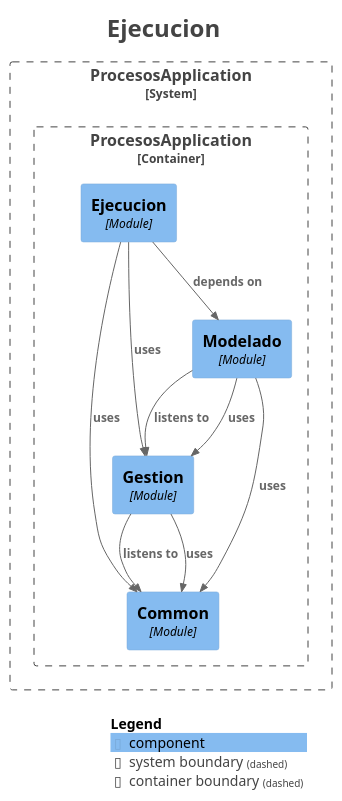
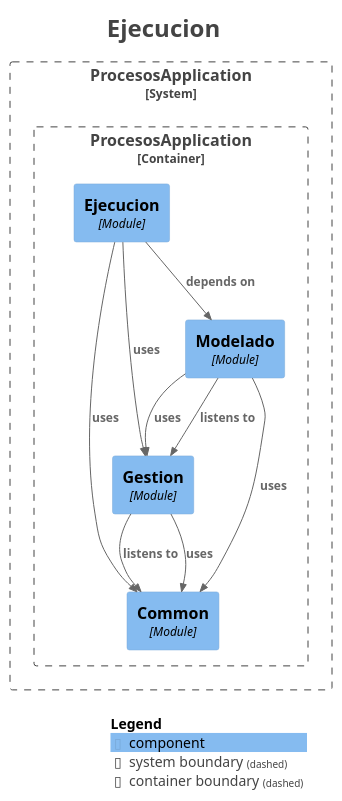
Before and after one commit to AndresContreras1/bpmn-process-manager-api: the diagram in docs/modules/module-ejecucion.puml, drawn with PlantUML. The commit also changed other lines of this file and 108 other files, not shown here.

```diff
--- a/docs/modules/module-ejecucion.puml
+++ b/docs/modules/module-ejecucion.puml
@@ -1,39 +1,39 @@
 @startuml
 title <size:24>Ejecucion</size>
 
 set separator none
 top to bottom direction
 
 <style>
   root {
     BackgroundColor: #ffffff
     FontColor: #444444
   }
 </style>
 
 !include <C4/C4>
 !include <C4/C4_Context>
 !include <C4/C4_Component>
 
 System_Boundary("ProcesosApplication_boundary", "ProcesosApplication", $tags="") {
   Container_Boundary("ProcesosApplication.ProcesosApplication_boundary", "ProcesosApplication", $tags="") {
     Component(ProcesosApplication.ProcesosApplication.Common, "Common", $techn="Module", $descr="", $tags="", $link="")
     Component(ProcesosApplication.ProcesosApplication.Gestion, "Gestion", $techn="Module", $descr="", $tags="", $link="")
     Component(ProcesosApplication.ProcesosApplication.Modelado, "Modelado", $techn="Module", $descr="", $tags="", $link="")
     Component(ProcesosApplication.ProcesosApplication.Ejecucion, "Ejecucion", $techn="Module", $descr="", $tags="", $link="")
   }
 
 }
 
-Rel(ProcesosApplication.ProcesosApplication.Modelado, ProcesosApplication.ProcesosApplication.Gestion, "uses", $techn="", $tags="", $link="")
-Rel(ProcesosApplication.ProcesosApplication.Modelado, ProcesosApplication.ProcesosApplication.Common, "uses", $techn="", $tags="", $link="")
-Rel(ProcesosApplication.ProcesosApplication.Gestion, ProcesosApplication.ProcesosApplication.Common, "listens to", $techn="", $tags="", $link="")
-Rel(ProcesosApplication.ProcesosApplication.Gestion, ProcesosApplication.ProcesosApplication.Common, "uses", $techn="", $tags="", $link="")
 Rel(ProcesosApplication.ProcesosApplication.Ejecucion, ProcesosApplication.ProcesosApplication.Modelado, "depends on", $techn="", $tags="", $link="")
 Rel(ProcesosApplication.ProcesosApplication.Ejecucion, ProcesosApplication.ProcesosApplication.Common, "uses", $techn="", $tags="", $link="")
 Rel(ProcesosApplication.ProcesosApplication.Ejecucion, ProcesosApplication.ProcesosApplication.Gestion, "uses", $techn="", $tags="", $link="")
+Rel(ProcesosApplication.ProcesosApplication.Gestion, ProcesosApplication.ProcesosApplication.Common, "listens to", $techn="", $tags="", $link="")
+Rel(ProcesosApplication.ProcesosApplication.Gestion, ProcesosApplication.ProcesosApplication.Common, "uses", $techn="", $tags="", $link="")
 Rel(ProcesosApplication.ProcesosApplication.Modelado, ProcesosApplication.ProcesosApplication.Gestion, "listens to", $techn="", $tags="", $link="")
+Rel(ProcesosApplication.ProcesosApplication.Modelado, ProcesosApplication.ProcesosApplication.Gestion, "uses", $techn="", $tags="", $link="")
+Rel(ProcesosApplication.ProcesosApplication.Modelado, ProcesosApplication.ProcesosApplication.Common, "uses", $techn="", $tags="", $link="")
 
 SHOW_LEGEND(true)
 hide stereotypes
 @enduml
```
